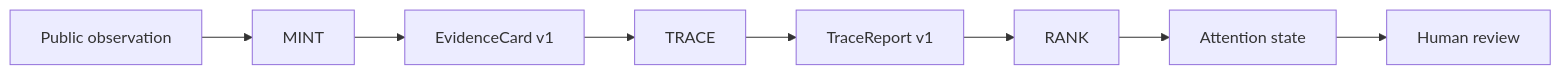
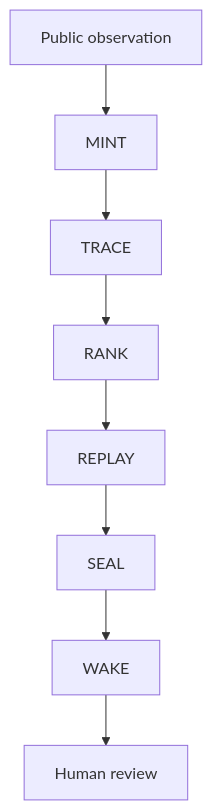
One commit to CRYPTANSKY/morchel changed the diagram in docs/architecture.md. Above: the diagram before and after it, drawn with Mermaid. The commit also changed other lines of this file and 12 other files, not shown here.

````diff
--- a/docs/architecture.md
+++ b/docs/architecture.md
@@ -5,10 +5,10 @@
 ```mermaid
-flowchart LR
+flowchart TD
     O[Public observation] --> M[MINT]
-    M --> C[EvidenceCard v1]
-    C --> T[TRACE]
-    T --> R[TraceReport v1]
-    R --> K[RANK]
-    K --> D[Attention state]
-    D --> H[Human review]
+    M --> T[TRACE]
+    T --> K[RANK]
+    K --> P[REPLAY]
+    P --> S[SEAL]
+    S --> W[WAKE]
+    W --> H[Human review]
 ```
````
